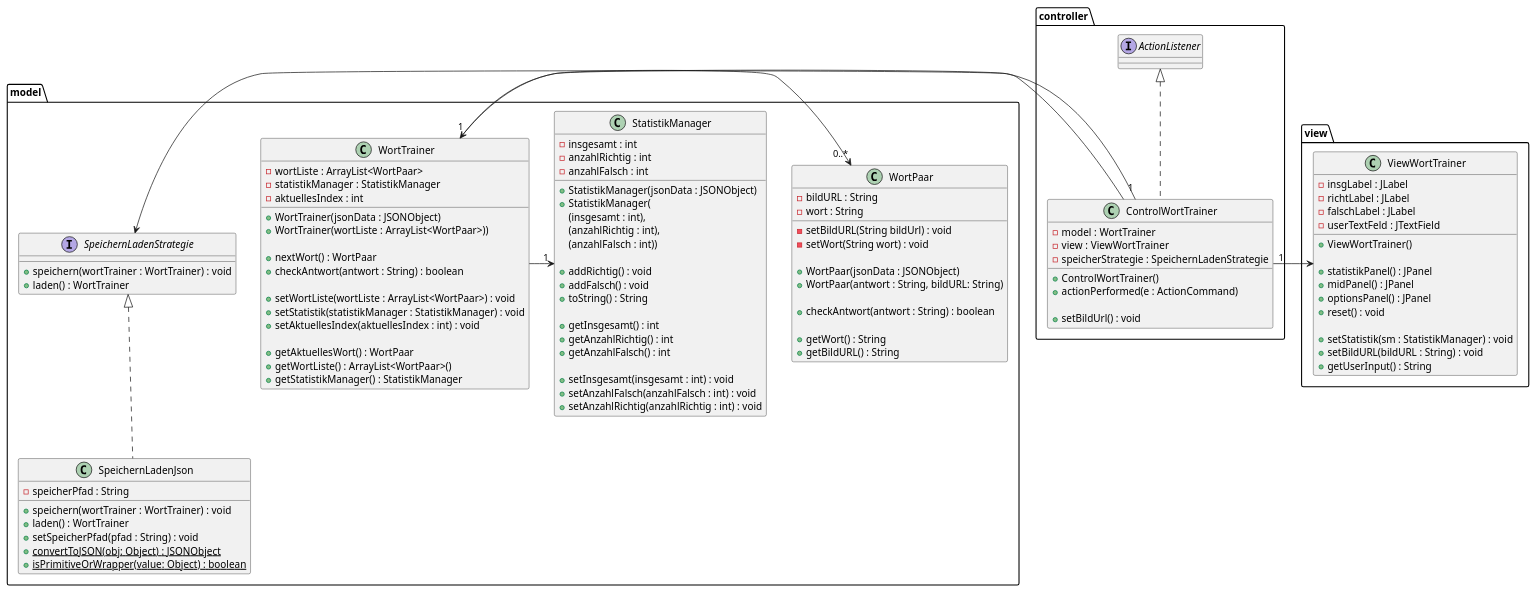
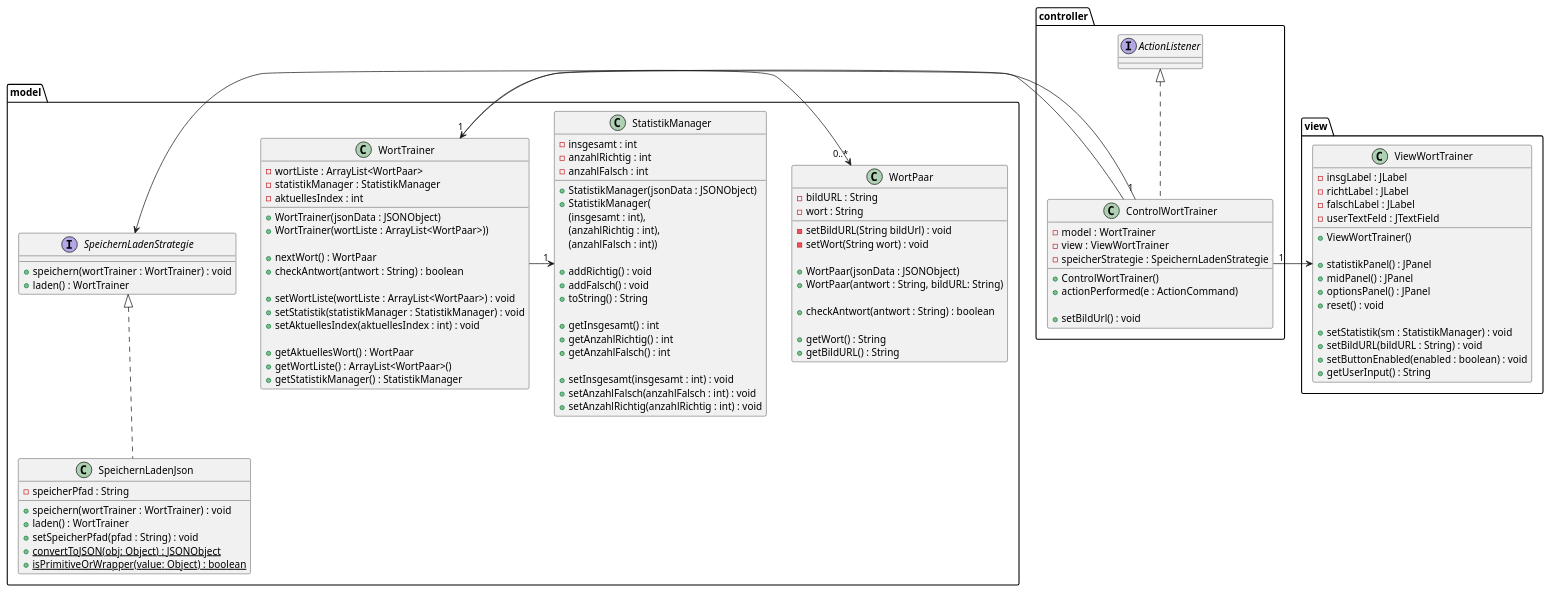
One commit to TGM-HIT/sew9-2425-worttrainer-aaabdulkarim changed the diagram in Worttrainer_UML.puml. Above: the diagram before and after it, drawn with PlantUML. The commit also changed 3 other files, not shown here.

```diff
--- a/Worttrainer_UML.puml
+++ b/Worttrainer_UML.puml
@@ -1,130 +1,131 @@
 @startuml
 'https://plantuml.com/class-diagram
 
 package model {
 
     class WortPaar {
         - bildURL : String
         - wort : String
 
         - setBildURL(String bildUrl) : void
         - setWort(String wort) : void
 
         + WortPaar(jsonData : JSONObject)
         + WortPaar(antwort : String, bildURL: String)
 
         + checkAntwort(antwort : String) : boolean
 
         + getWort() : String
         + getBildURL() : String
 
     }
 
     class WortTrainer {
         - wortListe : ArrayList<WortPaar>
         - statistikManager : StatistikManager
         - aktuellesIndex : int
 
         + WortTrainer(jsonData : JSONObject)
         + WortTrainer(wortListe : ArrayList<WortPaar>))
 
         + nextWort() : WortPaar
         + checkAntwort(antwort : String) : boolean
 
         + setWortListe(wortListe : ArrayList<WortPaar>) : void
         + setStatistik(statistikManager : StatistikManager) : void
         + setAktuellesIndex(aktuellesIndex : int) : void
 
         + getAktuellesWort() : WortPaar
         + getWortListe() : ArrayList<WortPaar>()
         + getStatistikManager() : StatistikManager
 
     }
 
     class StatistikManager {
         - insgesamt : int
         - anzahlRichtig : int
         - anzahlFalsch : int
 
         + StatistikManager(jsonData : JSONObject)
         + StatistikManager(
         (insgesamt : int),
         (anzahlRichtig : int),
         (anzahlFalsch : int))
 
         + addRichtig() : void
         + addFalsch() : void
         + toString() : String
 
         + getInsgesamt() : int
         + getAnzahlRichtig() : int
         + getAnzahlFalsch() : int
 
         + setInsgesamt(insgesamt : int) : void
         + setAnzahlFalsch(anzahlFalsch : int) : void
         + setAnzahlRichtig(anzahlRichtig : int) : void
     }
 
     interface SpeichernLadenStrategie{
         + speichern(wortTrainer : WortTrainer) : void
         + laden() : WortTrainer
     }
 
     class SpeichernLadenJson implements SpeichernLadenStrategie{
         - speicherPfad : String
         + speichern(wortTrainer : WortTrainer) : void
         + laden() : WortTrainer
         + setSpeicherPfad(pfad : String) : void
         + {static} convertToJSON(obj: Object) : JSONObject
         + {static} isPrimitiveOrWrapper(value: Object) : boolean
     }
 }
 
 
 package view {
 
     class ViewWortTrainer {
         - insgLabel : JLabel
         - richtLabel : JLabel
         - falschLabel : JLabel
         - userTextFeld : JTextField
         + ViewWortTrainer()
 
         + statistikPanel() : JPanel
         + midPanel() : JPanel
         + optionsPanel() : JPanel
         + reset() : void
 
         + setStatistik(sm : StatistikManager) : void
         + setBildURL(bildURL : String) : void
+        + setButtonEnabled(enabled : boolean) : void
         + getUserInput() : String
 
 
     }
 }
 
 package controller {
     class ControlWortTrainer implements ActionListener{
         - model : WortTrainer
         - view : ViewWortTrainer
         - speicherStrategie : SpeichernLadenStrategie
 
         + ControlWortTrainer()
         + actionPerformed(e : ActionCommand)
 
         + setBildUrl() : void
         
     }
 }
 
 
 WortTrainer "1" -> "0..*" WortPaar
 WortTrainer -> "1" StatistikManager
 
 /' MVC Struktur'/
 ControlWortTrainer -> WortTrainer
 ControlWortTrainer "1" -> ViewWortTrainer
 ControlWortTrainer "1" -> SpeichernLadenStrategie
 
 
 @enduml
```
